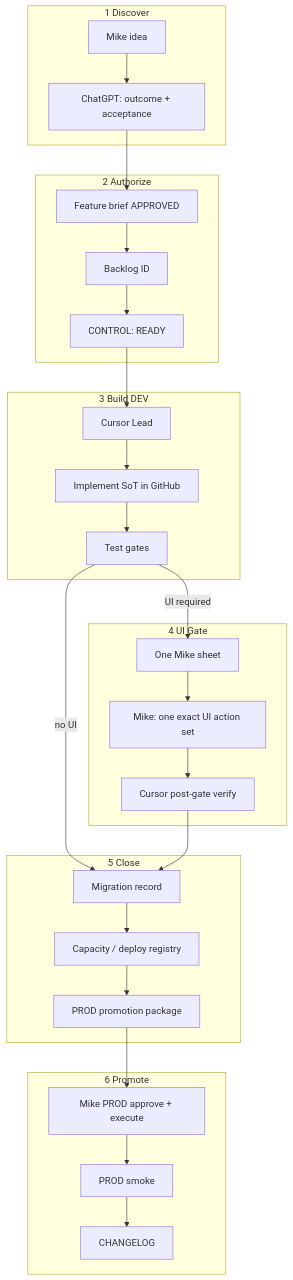
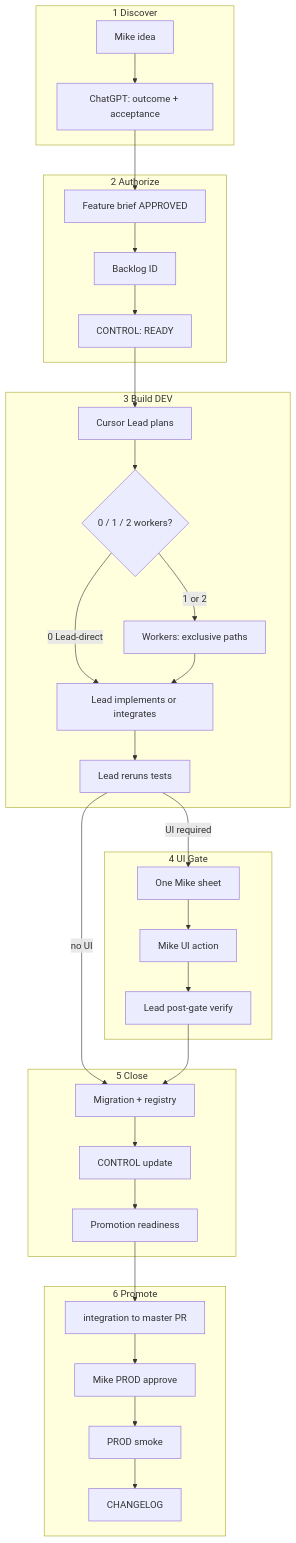
Before and after one commit to Schmidt127/127-si-shooting-challenge: the diagram in docs/architecture/DELIVERY-SYSTEM-V2-PROPOSAL.md, drawn with Mermaid. The commit also changed other lines of this file and 11 other files, not shown here.

````diff
--- a/docs/architecture/DELIVERY-SYSTEM-V2-PROPOSAL.md
+++ b/docs/architecture/DELIVERY-SYSTEM-V2-PROPOSAL.md
@@ -27,38 +40,43 @@
 ```mermaid
 flowchart TB
   subgraph P1[1 Discover]
     Idea[Mike idea]
     CG[ChatGPT: outcome + acceptance]
   end
   subgraph P2[2 Authorize]
     Brief[Feature brief APPROVED]
     Backlog[Backlog ID]
     Control[CONTROL: READY]
   end
   subgraph P3[3 Build DEV]
-    Lead[Cursor Lead]
-    Impl[Implement SoT in GitHub]
-    Tests[Test gates]
+    Lead[Cursor Lead plans]
+    Conc{0 / 1 / 2 workers?}
+    W[Workers: exclusive paths]
+    Impl[Lead implements or integrates]
+    Tests[Lead reruns tests]
   end
   subgraph P4[4 UI Gate]
     Sheet[One Mike sheet]
-    MikeUI[Mike: one exact UI action set]
-    Verify[Cursor post-gate verify]
+    MikeUI[Mike UI action]
+    Verify[Lead post-gate verify]
   end
   subgraph P5[5 Close]
-    Mig[Migration record]
-    Cap[Capacity / deploy registry]
-    Promo[PROD promotion package]
+    Mig[Migration + registry]
+    Cap[CONTROL update]
+    Promo[Promotion readiness]
   end
   subgraph P6[6 Promote]
-    MikeProd[Mike PROD approve + execute]
+    MasterPR[integration to master PR]
+    MikeProd[Mike PROD approve]
     Smoke[PROD smoke]
     CL[CHANGELOG]
   end
 
-  Idea --> CG --> Brief --> Backlog --> Control --> Lead --> Impl --> Tests
+  Idea --> CG --> Brief --> Backlog --> Control --> Lead --> Conc
+  Conc -->|0 Lead-direct| Impl
+  Conc -->|1 or 2| W --> Impl
+  Impl --> Tests
   Tests -->|UI required| Sheet --> MikeUI --> Verify
   Tests -->|no UI| Mig
-  Verify --> Mig --> Cap --> Promo
-  Promo --> MikeProd --> Smoke --> CL
+  Verify --> Mig --> Cap --> Promo --> MasterPR --> MikeProd --> Smoke --> CL
 ```
````
